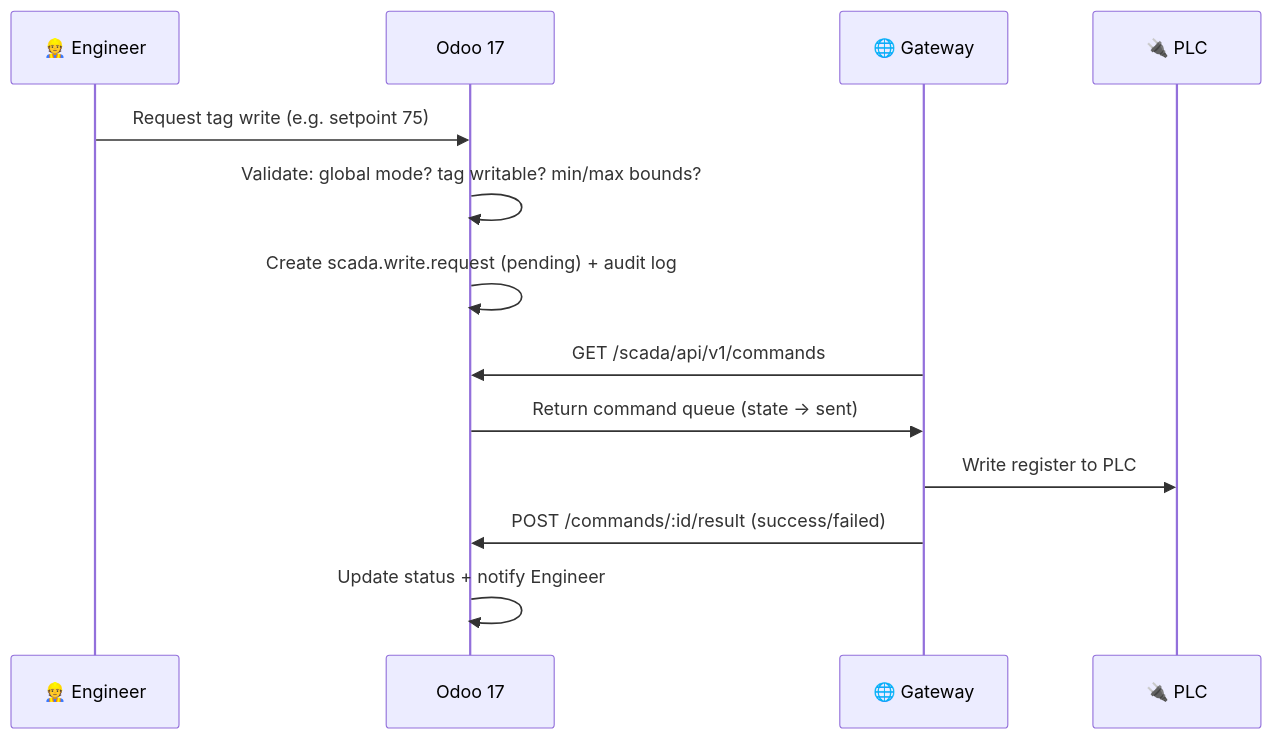
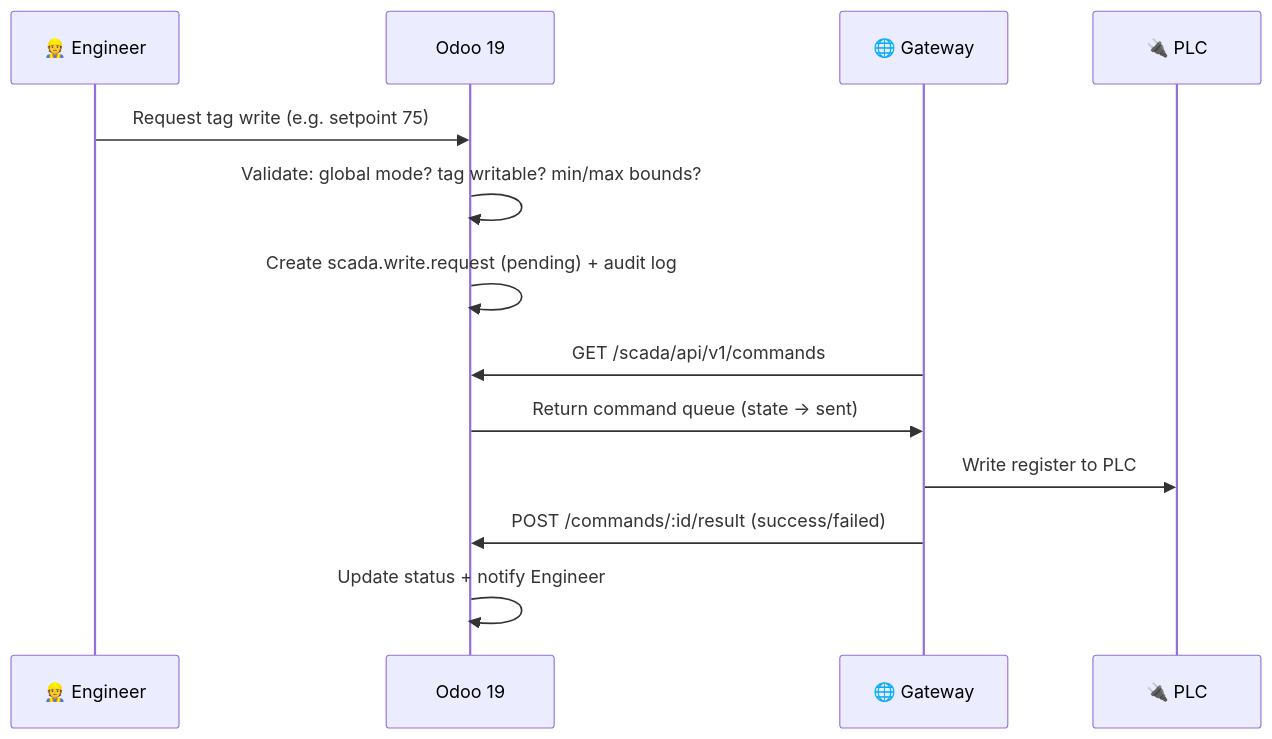
The second of 2 diagrams in scada_plc_connector/README.md (azazil-dev/odoo-scada-plc-connector), drawn with Mermaid before and after one commit. The commit also changed other lines of this file and 2 other files, not shown here.

Commit message:
update index.html dan sinkronisasi scada_plc_connector untuk Odoo 19

````diff
--- a/scada_plc_connector/README.md
+++ b/scada_plc_connector/README.md
@@ -110,16 +110,16 @@
 ```mermaid
 sequenceDiagram
     participant E as 👷 Engineer
-    participant O as Odoo 17
+    participant O as Odoo 19
     participant G as 🌐 Gateway
     participant P as 🔌 PLC
 
     E->>O: Request tag write (e.g. setpoint 75)
     O->>O: Validate: global mode? tag writable? min/max bounds?
     O->>O: Create scada.write.request (pending) + audit log
     G->>O: GET /scada/api/v1/commands
     O->>G: Return command queue (state → sent)
     G->>P: Write register to PLC
     G->>O: POST /commands/:id/result (success/failed)
     O->>O: Update status + notify Engineer
 ```
````
